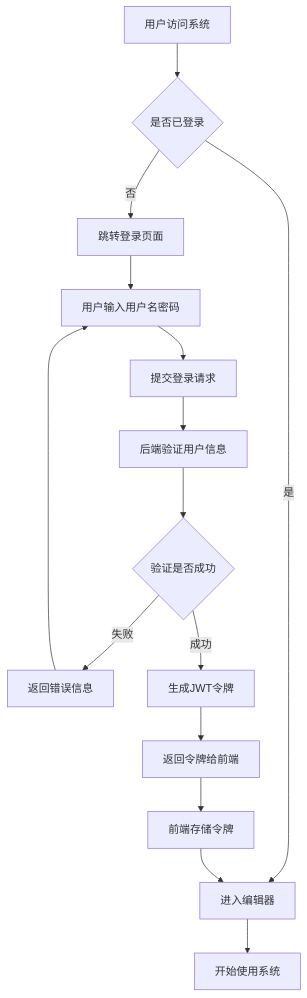
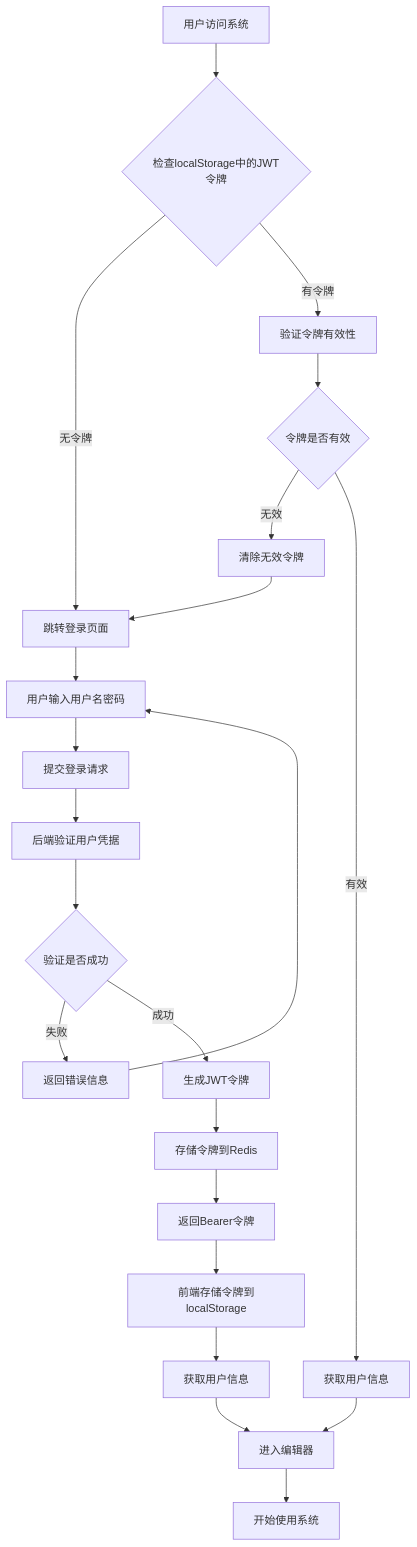
The second of 12 diagrams in 后端详细设计.md (Alive0103/C-CodeLab), drawn with Mermaid before and after one commit. The commit also changed other lines of this file and 18 other files, not shown here.

````diff
--- a/后端详细设计.md
+++ b/后端详细设计.md
@@ -300,17 +305,24 @@
 ```mermaid
 graph TD
-    A[用户访问系统] --> B{是否已登录}
-    B -->|否| C[跳转登录页面]
-    B -->|是| D[进入编辑器]
-    C --> E[用户输入用户名密码]
-    E --> F[提交登录请求]
-    F --> G[后端验证用户信息]
-    G --> H{验证是否成功}
-    H -->|失败| I[返回错误信息]
-    H -->|成功| J[生成JWT令牌]
-    J --> K[返回令牌给前端]
-    K --> L[前端存储令牌]
-    L --> D
-    I --> E
-    D --> M[开始使用系统]
+    A[用户访问系统] --> B{检查localStorage中的JWT令牌}
+    B -->|无令牌| C[跳转登录页面]
+    B -->|有令牌| D[验证令牌有效性]
+    D --> E{令牌是否有效}
+    E -->|无效| F[清除无效令牌]
+    F --> C
+    E -->|有效| G[获取用户信息]
+    G --> H[进入编辑器]
+    C --> I[用户输入用户名密码]
+    I --> J[提交登录请求]
+    J --> K[后端验证用户凭据]
+    K --> L{验证是否成功}
+    L -->|失败| M[返回错误信息]
+    L -->|成功| N[生成JWT令牌]
+    N --> O[存储令牌到Redis]
+    O --> P[返回Bearer令牌]
+    P --> Q[前端存储令牌到localStorage]
+    Q --> R[获取用户信息]
+    R --> H
+    M --> I
+    H --> S[开始使用系统]
 ```
````
